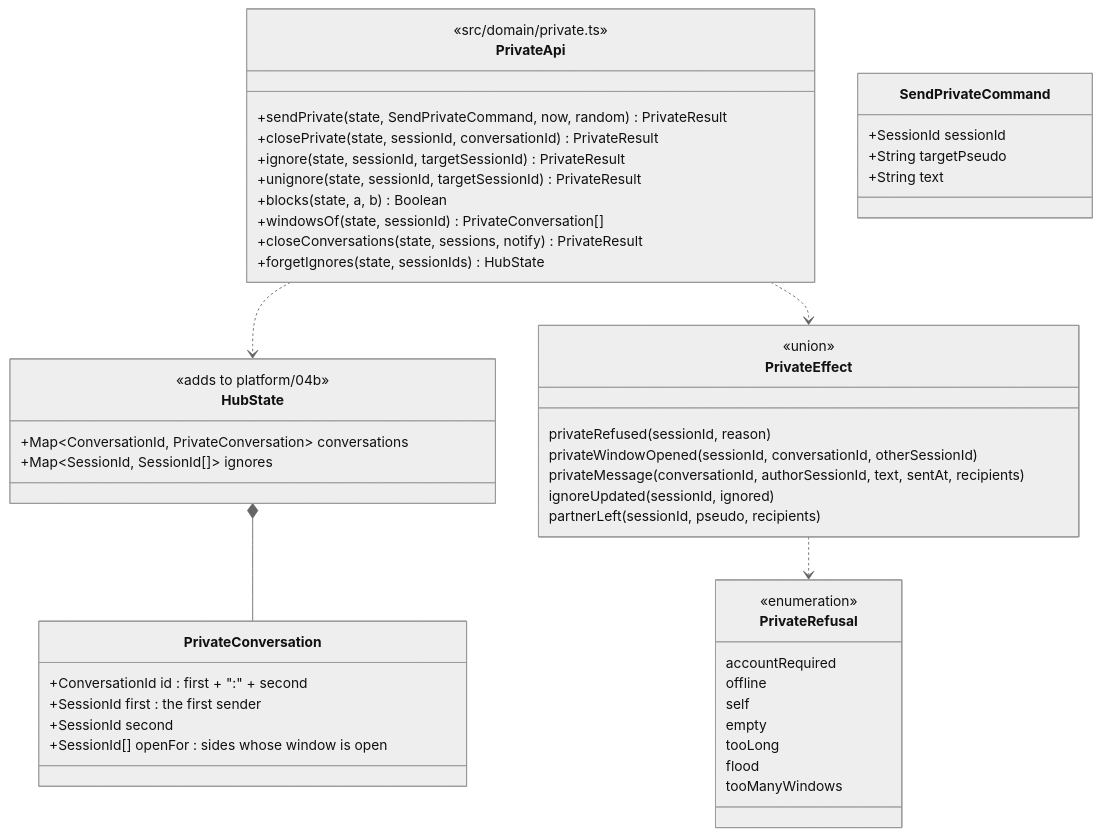
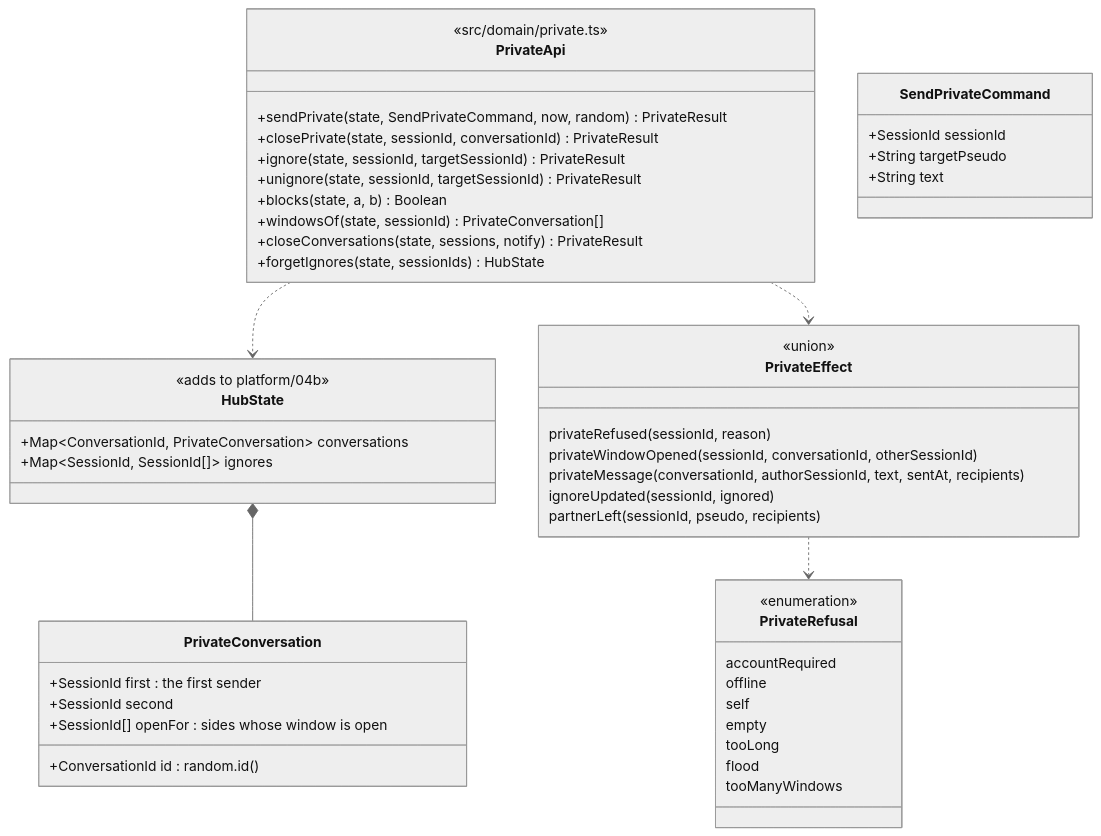
Before and after one commit to benoit-bremaud/asv: the diagram in docs/architecture/diagrams/private-conversations/07-class-domain-api.md, drawn with Mermaid (neutral theme). The commit also changed other lines of this file and 6 other files, not shown here.

````diff
--- a/docs/architecture/diagrams/private-conversations/07-class-domain-api.md
+++ b/docs/architecture/diagrams/private-conversations/07-class-domain-api.md
@@ -16,52 +16,52 @@
 ```mermaid
 classDiagram
   class HubState {
     <<adds to platform/04b>>
     +Map~ConversationId, PrivateConversation~ conversations
     +Map~SessionId, SessionId[]~ ignores
   }
   class PrivateConversation {
-    +ConversationId id : first + ":" + second
+    +ConversationId id : random.id()
     +SessionId first : the first sender
     +SessionId second
     +SessionId[] openFor : sides whose window is open
   }
   class PrivateApi {
     <<src/domain/private.ts>>
     +sendPrivate(state, SendPrivateCommand, now, random) PrivateResult
     +closePrivate(state, sessionId, conversationId) PrivateResult
     +ignore(state, sessionId, targetSessionId) PrivateResult
     +unignore(state, sessionId, targetSessionId) PrivateResult
     +blocks(state, a, b) Boolean
     +windowsOf(state, sessionId) PrivateConversation[]
     +closeConversations(state, sessions, notify) PrivateResult
     +forgetIgnores(state, sessionIds) HubState
   }
   class SendPrivateCommand {
     +SessionId sessionId
     +String targetPseudo
     +String text
   }
   class PrivateEffect {
     <<union>>
     privateRefused(sessionId, reason)
     privateWindowOpened(sessionId, conversationId, otherSessionId)
     privateMessage(conversationId, authorSessionId, text, sentAt, recipients)
     ignoreUpdated(sessionId, ignored)
     partnerLeft(sessionId, pseudo, recipients)
   }
   class PrivateRefusal {
     <<enumeration>>
     accountRequired
     offline
     self
     empty
     tooLong
     flood
     tooManyWindows
   }
   PrivateApi ..> HubState
   PrivateApi ..> PrivateEffect
   HubState *-- PrivateConversation
   PrivateEffect ..> PrivateRefusal
 ```
````
